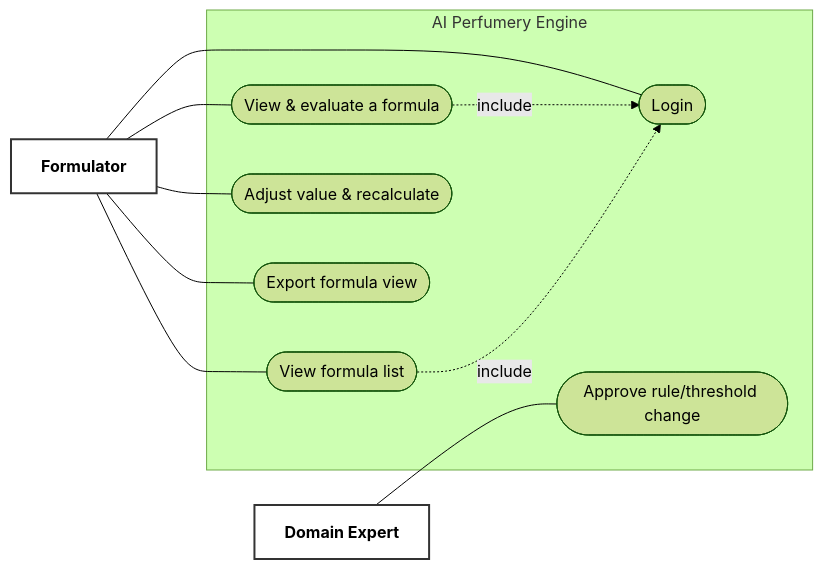
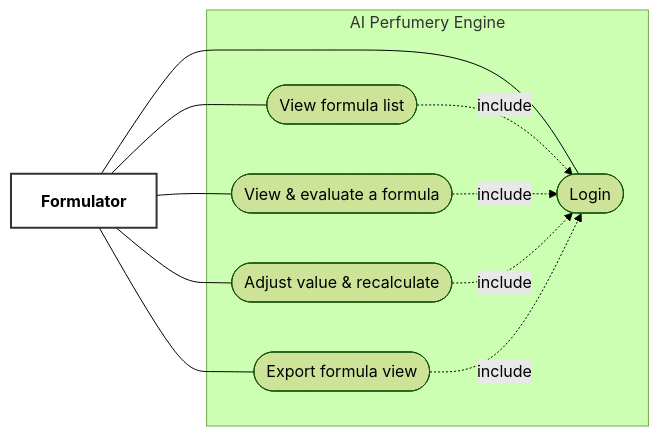
The second of 4 diagrams in .docs/02-design/diagrams.md (projectSE-1/Proposal), drawn with Mermaid (forest theme) before and after one commit. The commit also changed other lines of this file and 2 other files, not shown here.

First line of the commit message:
Align design diagrams with approved scope; record decided tech stack

````diff
--- a/.docs/02-design/diagrams.md
+++ b/.docs/02-design/diagrams.md
@@ -33,25 +41,24 @@
 ```mermaid
 flowchart LR
     Formulator[Formulator]:::actor
-    DomainExpert[Domain Expert]:::actor
     subgraph SYS["AI Perfumery Engine"]
         UC1([Login])
         UC2([View formula list])
         UC3([View & evaluate a formula])
         UC4([Adjust value & recalculate])
         UC5([Export formula view])
-        UC6([Approve rule/threshold change])
     end
 
     Formulator --- UC1
     Formulator --- UC2
     Formulator --- UC3
     Formulator --- UC4
     Formulator --- UC5
-    DomainExpert --- UC6
 
+    UC2 -.include.-> UC1
     UC3 -.include.-> UC1
-    UC2 -.include.-> UC1
+    UC4 -.include.-> UC1
+    UC5 -.include.-> UC1
 
     classDef actor fill:#fff,stroke:#333,stroke-width:2px,font-weight:bold;
 ```
````
